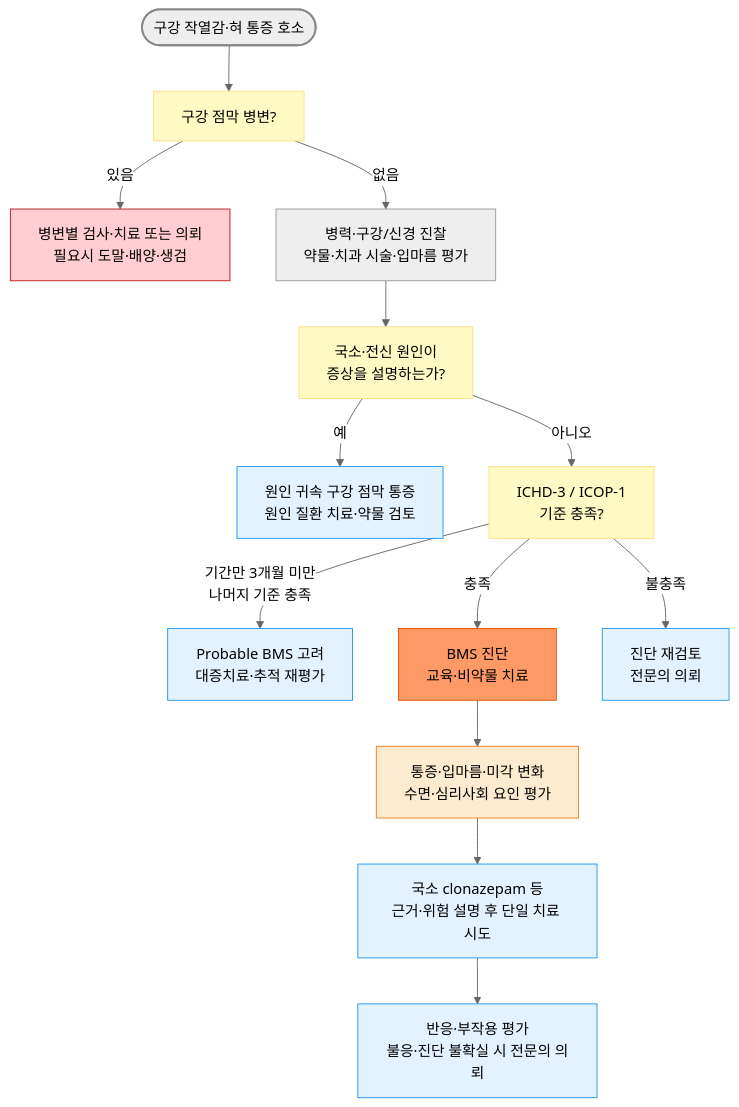
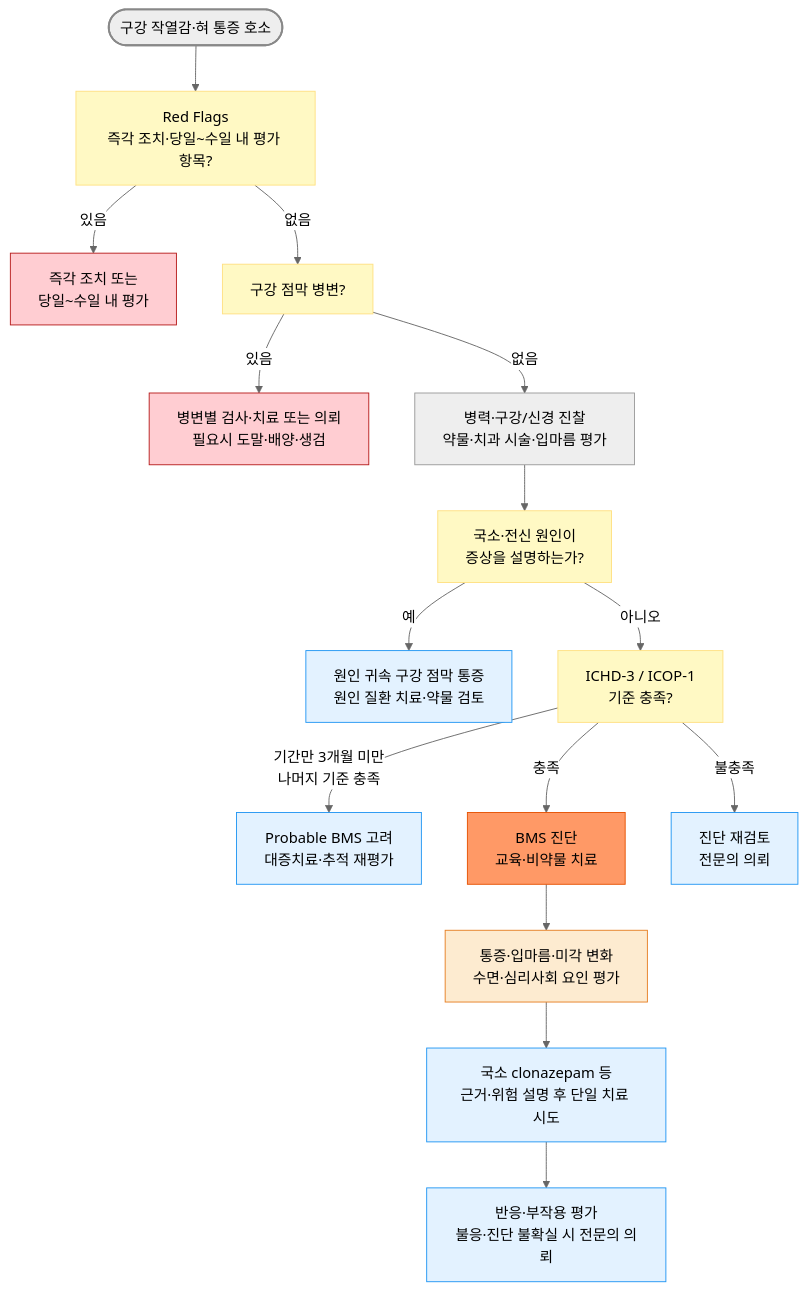
One commit to familyoh77/familyoh77 changed the diagram in 222_/057_-burning-mouth.md. Above: the diagram before and after it, drawn with Mermaid (neutral theme). The commit also changed other lines of this file and 1 other file, not shown here.

````diff
--- a/222_/057_-burning-mouth.md
+++ b/222_/057_-burning-mouth.md
@@ -137,24 +137,27 @@
 ```mermaid
 flowchart TD
-    A(["구강 작열감·혀 통증 호소"]) --> B["구강 점막 병변?"]
+    A(["구강 작열감·혀 통증 호소"]) --> R["Red Flags<br/>즉각 조치·당일~수일 내 평가 항목?"]
+    R -->|"있음"| Q["즉각 조치 또는<br/>당일~수일 내 평가"]
+    R -->|"없음"| B["구강 점막 병변?"]
     B -->|"있음"| C["병변별 검사·치료 또는 의뢰<br/>필요시 도말·배양·생검"]
     B -->|"없음"| D["병력·구강/신경 진찰<br/>약물·치과 시술·입마름 평가"]
     D --> E["국소·전신 원인이<br/>증상을 설명하는가?"]
     E -->|"예"| F["원인 귀속 구강 점막 통증<br/>원인 질환 치료·약물 검토"]
     E -->|"아니오"| G["ICHD-3 / ICOP-1<br/>기준 충족?"]
     G -->|"기간만 3개월 미만<br/>나머지 기준 충족"| H["Probable BMS 고려<br/>대증치료·추적 재평가"]
     G -->|"충족"| I["BMS 진단<br/>교육·비약물 치료"]
     G -->|"불충족"| X["진단 재검토<br/>전문의 의뢰"]
     I --> T["통증·입마름·미각 변화<br/>수면·심리사회 요인 평가"]
     T --> U["국소 clonazepam 등<br/>근거·위험 설명 후 단일 치료 시도"]
     U --> V["반응·부작용 평가<br/>불응·진단 불확실 시 전문의 의뢰"]
 style A fill:#eeeeee,stroke:#888888,stroke-width:2px
 style C fill:#ffcdd2,stroke:#b71c1c
+style Q fill:#ffcdd2,stroke:#b71c1c
 style I fill:#f96,stroke:#e65100
 classDef yellow fill:#fff9c4,stroke:#ffe082
-class B,E,G yellow
+class B,E,G,R yellow
 classDef sky fill:#e3f2ff,stroke:#2196f3
 class F,H,U,V,X sky
 classDef orange fill:#fdebd0,stroke:#e67e22
 class T orange
 ```
````
